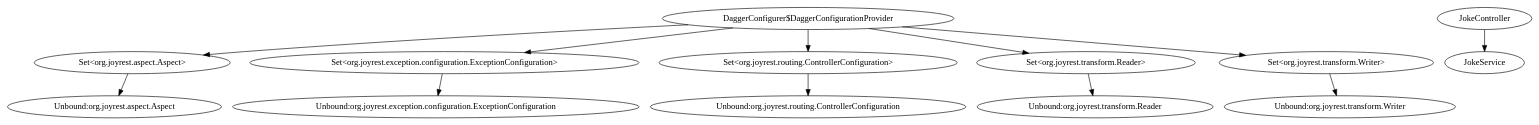
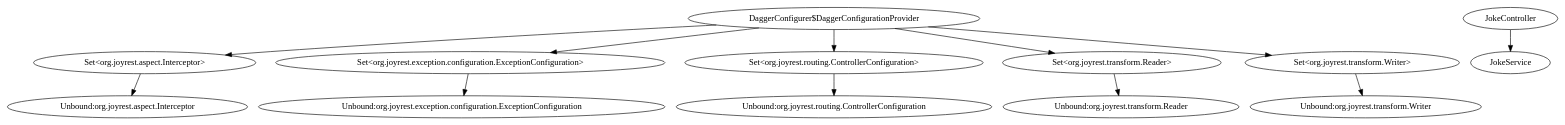
The diagram in joyrest-examples/di-examples/target/generated-sources/annotations/org/joyrest/examples/di/jokeapp/dagger/DaggerApplicationModule.dot (petrbouda/joyrest), drawn with Graphviz before and after one commit. The commit also changed 117 other files, not shown here.

```diff
--- a/joyrest-examples/di-examples/target/generated-sources/annotations/org/joyrest/examples/di/jokeapp/dagger/DaggerApplicationModule.dot
+++ b/joyrest-examples/di-examples/target/generated-sources/annotations/org/joyrest/examples/di/jokeapp/dagger/DaggerApplicationModule.dot
@@ -1,25 +1,25 @@
 digraph G1 {
   concentrate = true;
   n2 [label="DaggerConfigurer$DaggerConfigurationProvider"];
-  n3 [label="Set<org.joyrest.aspect.Aspect>"];
+  n3 [label="Set<org.joyrest.aspect.Interceptor>"];
   n2 -> n3;
   n4 [label="Set<org.joyrest.exception.configuration.ExceptionConfiguration>"];
   n2 -> n4;
   n5 [label="Set<org.joyrest.routing.ControllerConfiguration>"];
   n2 -> n5;
   n6 [label="Set<org.joyrest.transform.Reader>"];
   n2 -> n6;
   n7 [label="Set<org.joyrest.transform.Writer>"];
   n2 -> n7;
   JokeController -> JokeService;
-  n8 [label="Unbound:org.joyrest.aspect.Aspect"];
+  n8 [label="Unbound:org.joyrest.aspect.Interceptor"];
   n3 -> n8;
   n9 [label="Unbound:org.joyrest.exception.configuration.ExceptionConfiguration"];
   n4 -> n9;
   n10 [label="Unbound:org.joyrest.routing.ControllerConfiguration"];
   n5 -> n10;
   n11 [label="Unbound:org.joyrest.transform.Reader"];
   n6 -> n11;
   n12 [label="Unbound:org.joyrest.transform.Writer"];
   n7 -> n12;
 }
```
